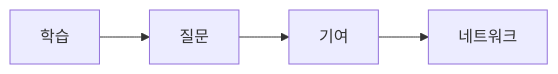
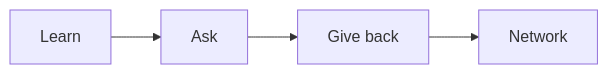
Before and after one commit to yeongseon-books/book-content: the diagram in content/developer-career-101/ko/09-mentoring-networking.md, drawn with Mermaid. The commit also changed other lines of this file and 9 other files, not shown here.

````diff
--- a/content/developer-career-101/ko/09-mentoring-networking.md
+++ b/content/developer-career-101/ko/09-mentoring-networking.md
@@ -46,6 +52,6 @@
 ```mermaid
 flowchart LR
-    L[학습] --> A[질문]
-    A --> G[기여]
-    G --> N[네트워크]
+    L[Learn] --> A[Ask]
+    A --> G[Give back]
+    G --> N[Network]
 ```
````
